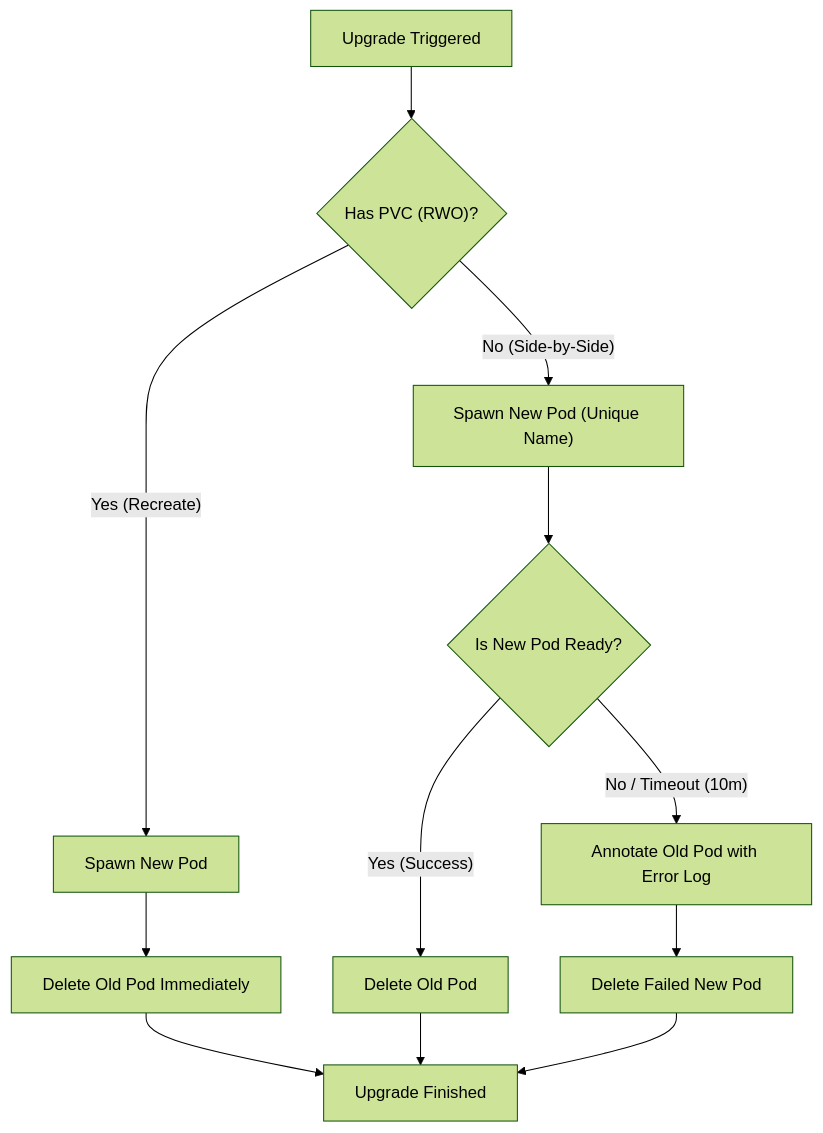
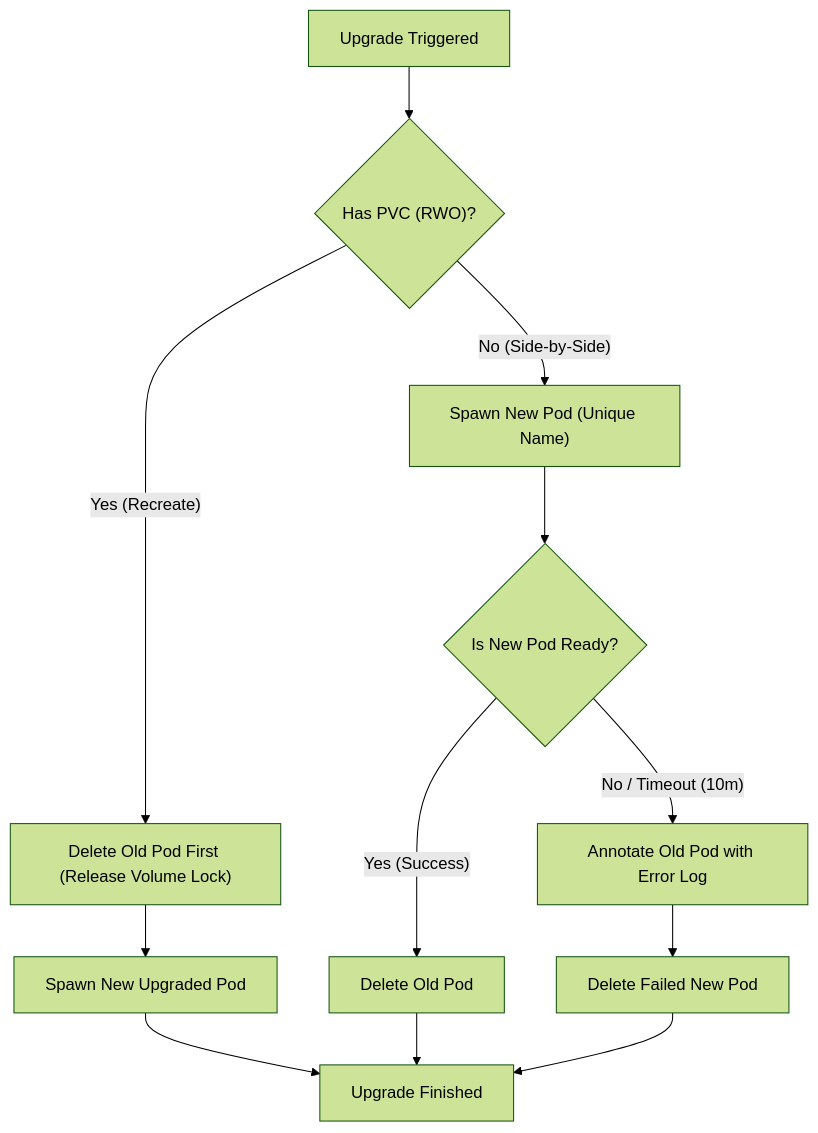
The diagram in docs/deploy/workspace-upgrades.md (nogoo9/no-crd), drawn with Mermaid (forest theme) before and after one commit. The commit also changed other lines of this file and 75 other files, not shown here.

````diff
--- a/docs/deploy/workspace-upgrades.md
+++ b/docs/deploy/workspace-upgrades.md
@@ -49,18 +49,18 @@
 ```mermaid
 flowchart TD
     Start["Upgrade Triggered"] --> CheckPVC{"Has PVC (RWO)?"}
     
-    CheckPVC -- "Yes (Recreate)" --> SpawnNewRecreate["Spawn New Pod"]
-    SpawnNewRecreate --> DeleteOldRecreate["Delete Old Pod Immediately"]
-    DeleteOldRecreate --> End["Upgrade Finished"]
+    CheckPVC -- "Yes (Recreate)" --> DeleteOldRecreate["Delete Old Pod First (Release Volume Lock)"]
+    DeleteOldRecreate --> SpawnNewRecreate["Spawn New Upgraded Pod"]
+    SpawnNewRecreate --> End["Upgrade Finished"]
     
     CheckPVC -- "No (Side-by-Side)" --> SpawnNewSbS["Spawn New Pod (Unique Name)"]
     SpawnNewSbS --> PollReady{"Is New Pod Ready?"}
     
     PollReady -- "Yes (Success)" --> DeleteOldSbS["Delete Old Pod"]
     DeleteOldSbS --> End
     
     PollReady -- "No / Timeout (10m)" --> AnnotateOld["Annotate Old Pod with Error Log"]
     AnnotateOld --> DeleteNewFailed["Delete Failed New Pod"]
     DeleteNewFailed --> End
 ```
````
